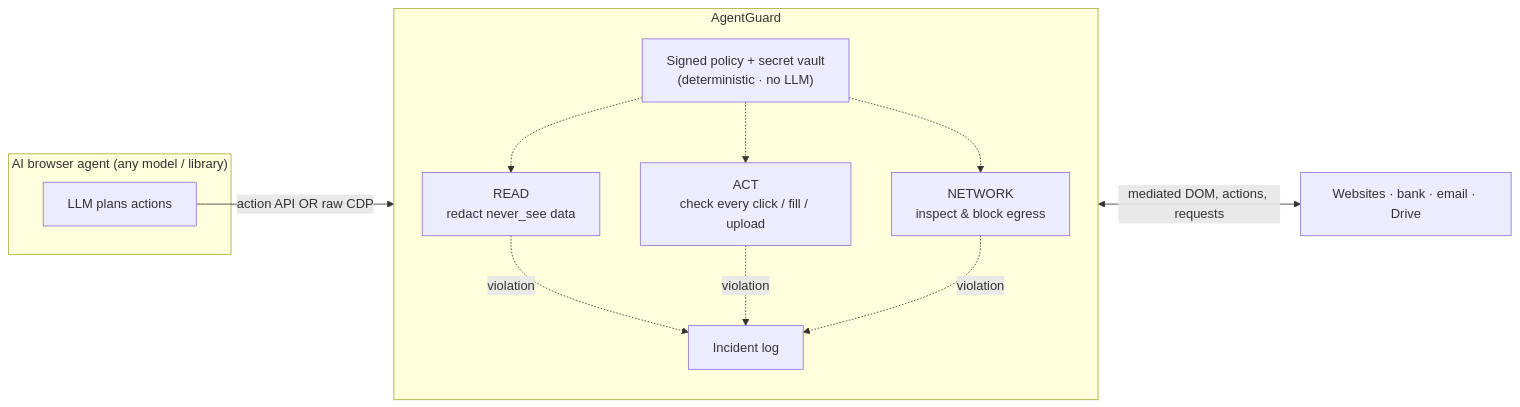
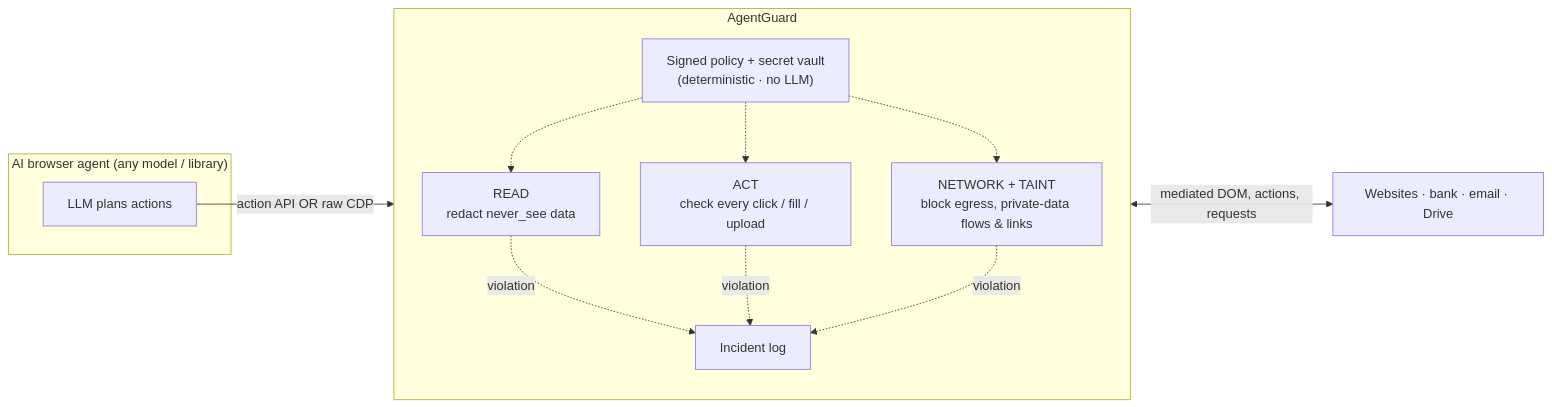
One commit to srics96/agentguard changed the diagram in README.md. Above: the diagram before and after it, drawn with Mermaid. The commit also changed other lines of this file, not shown here.

First line of the commit message:
README: accuracy pass (enforcement point count, diagram, headline live row)

````diff
--- a/README.md
+++ b/README.md
@@ -73,22 +73,22 @@
 ```mermaid
 flowchart LR
     subgraph Agent["AI browser agent (any model / library)"]
       LLM["LLM plans actions"]
     end
 
     subgraph Guard["AgentGuard"]
       direction TB
       R["READ<br/>redact never_see data"]
       A["ACT<br/>check every click / fill / upload"]
-      N["NETWORK<br/>inspect & block egress"]
+      N["NETWORK + TAINT<br/>block egress, private-data flows & links"]
       POL["Signed policy + secret vault<br/>(deterministic · no LLM)"]
       INC["Incident log"]
       POL -.-> R & A & N
       R & A & N -.violation.-> INC
     end
 
     Web["Websites · bank · email · Drive"]
 
     LLM -->|"action API  OR  raw CDP"| Guard
     Guard <-->|"mediated DOM, actions, requests"| Web
 ```
````
